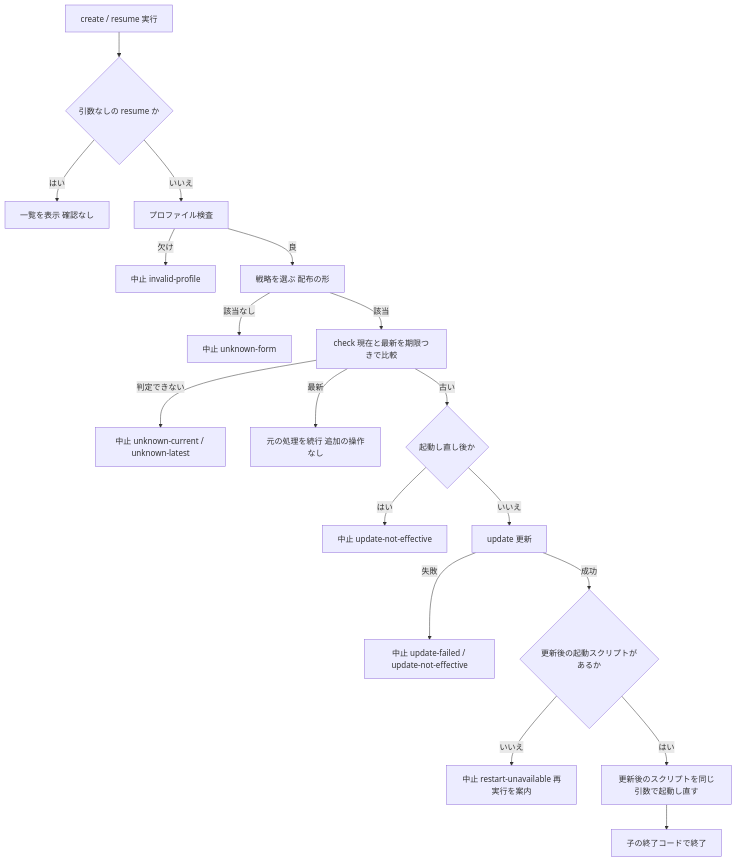
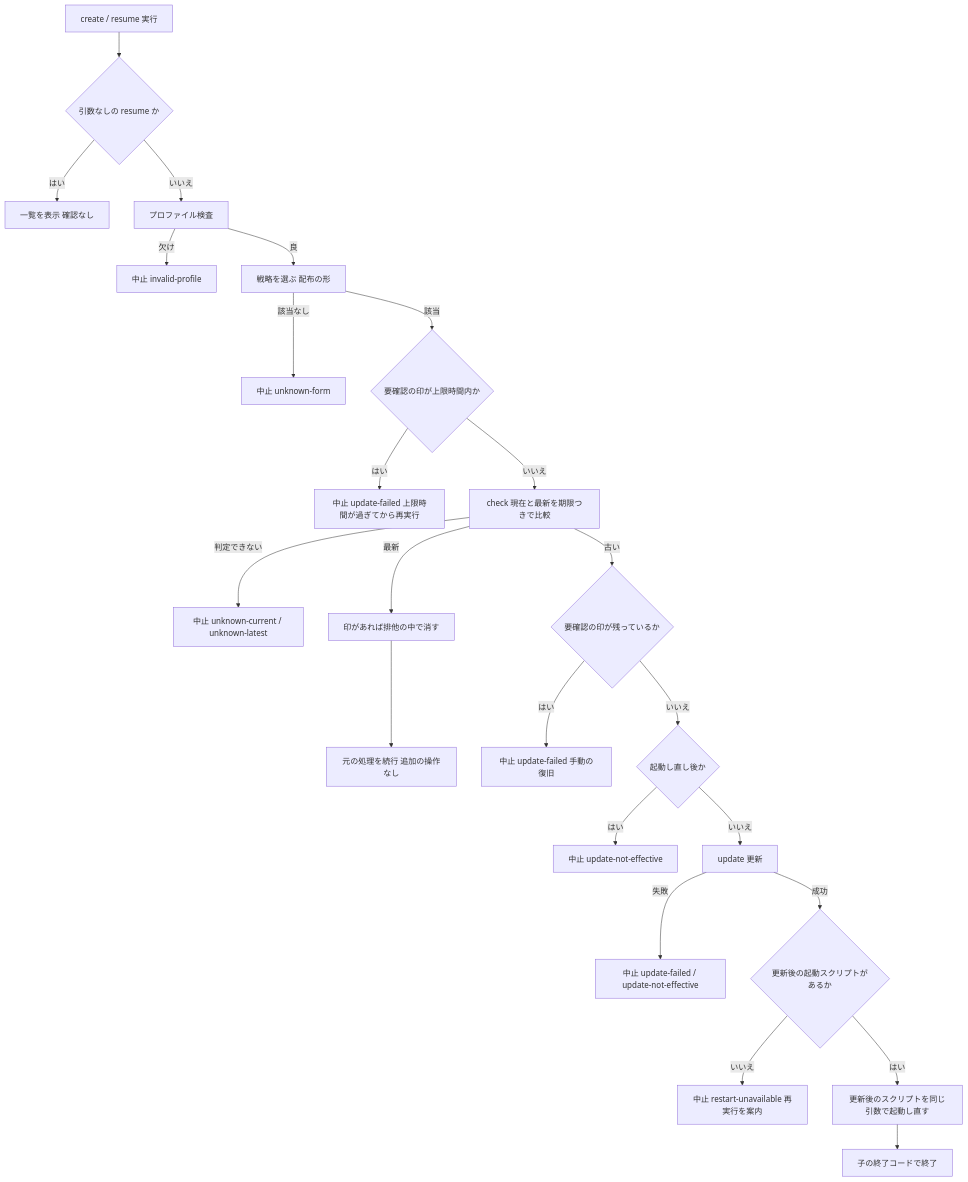
The second of 2 diagrams in .kiro/specs/brw-fresh-start/design.md (nekono-dev/branch-release-workflow), drawn with Mermaid before and after one commit. The commit also changed other lines of this file and 1 other file, not shown here.

````diff
--- a/.kiro/specs/brw-fresh-start/design.md
+++ b/.kiro/specs/brw-fresh-start/design.md
@@ -103,20 +103,25 @@
 ```mermaid
 flowchart TD
   A[create / resume 実行] --> B{引数なしの resume か}
   B -- はい --> L[一覧を表示 確認なし]
   B -- いいえ --> C[プロファイル検査]
   C -- 欠け --> X1[中止 invalid-profile]
   C -- 良 --> D[戦略を選ぶ 配布の形]
   D -- 該当なし --> X2[中止 unknown-form]
-  D -- 該当 --> E[check 現在と最新を期限つきで比較]
+  D -- 該当 --> M{要確認の印が上限時間内か}
+  M -- はい --> X7[中止 update-failed 上限時間が過ぎてから再実行]
+  M -- いいえ --> E[check 現在と最新を期限つきで比較]
   E -- 判定できない --> X3[中止 unknown-current / unknown-latest]
-  E -- 最新 --> F[元の処理を続行 追加の操作なし]
-  E -- 古い --> G{起動し直し後か}
+  E -- 最新 --> MC[印があれば排他の中で消す]
+  MC --> F[元の処理を続行 追加の操作なし]
+  E -- 古い --> MD{要確認の印が残っているか}
+  MD -- はい --> X8[中止 update-failed 手動の復旧]
+  MD -- いいえ --> G{起動し直し後か}
   G -- はい --> X4[中止 update-not-effective]
   G -- いいえ --> H[update 更新]
   H -- 失敗 --> X5[中止 update-failed / update-not-effective]
   H -- 成功 --> I{更新後の起動スクリプトがあるか}
   I -- いいえ --> X6[中止 restart-unavailable 再実行を案内]
   I -- はい --> J[更新後のスクリプトを同じ引数で起動し直す]
   J --> K[子の終了コードで終了]
 ```
````
